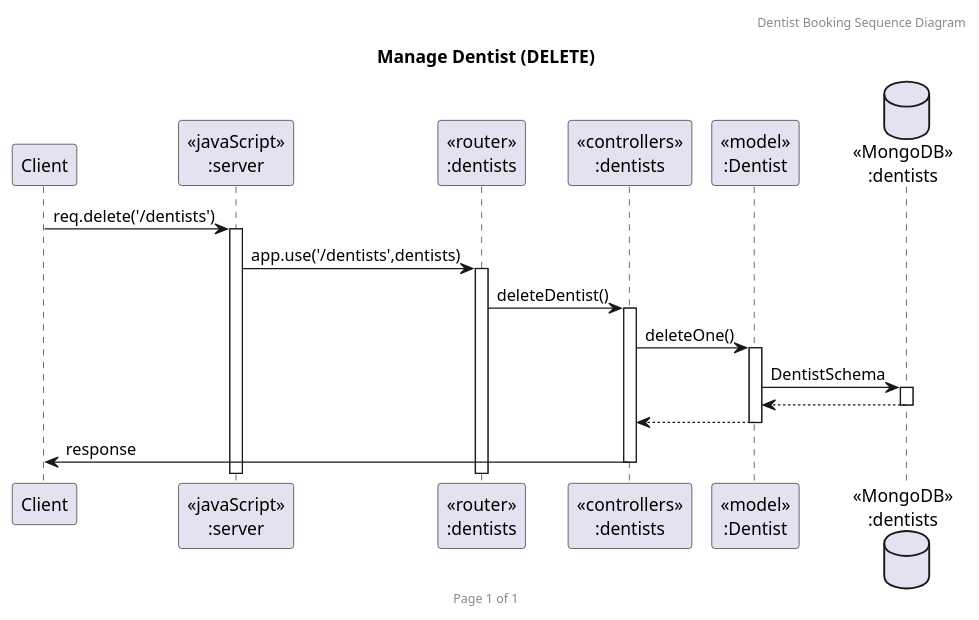
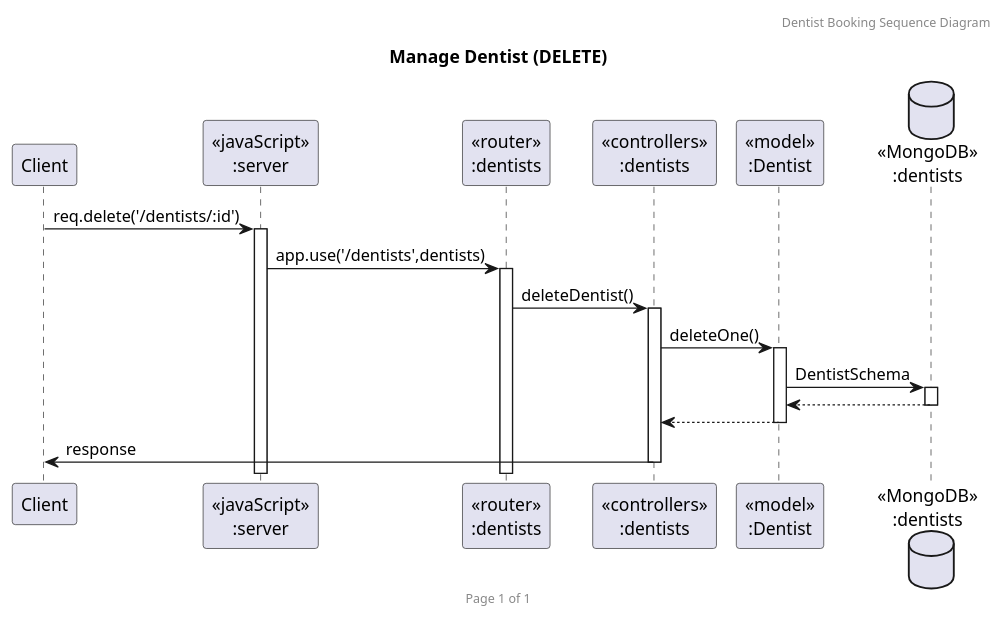
One commit to KoalaMuch/DentistBooking changed the diagram in doc/sequence_diagram/DeleteDentist.puml. Above: the diagram before and after it, drawn with PlantUML. The commit also changed 7 other files, not shown here.

Commit message:
add appointment seq diagram

```diff
--- a/doc/sequence_diagram/DeleteDentist.puml
+++ b/doc/sequence_diagram/DeleteDentist.puml
@@ -1,23 +1,23 @@
 @startuml Manage Dentist (DELETE)
 
 header Dentist Booking Sequence Diagram
 footer Page %page% of %lastpage%
 title "Manage Dentist (DELETE)"
 
 participant "Client" as client
 participant "<<javaScript>>\n:server" as server
 participant "<<router>>\n:dentists" as routerDentists
 participant "<<controllers>>\n:dentists" as controllersDentists
 participant "<<model>>\n:Dentist" as modelDentist
 database "<<MongoDB>>\n:dentists" as DentistsDatabase
 
-client->server ++:req.delete('/dentists')
+client->server ++:req.delete('/dentists/:id')
 server->routerDentists ++:app.use('/dentists',dentists)
 routerDentists -> controllersDentists ++:deleteDentist()
 controllersDentists->modelDentist ++:deleteOne()
 modelDentist ->DentistsDatabase ++: DentistSchema
 DentistsDatabase --> modelDentist --:
 controllersDentists <-- modelDentist --:
 controllersDentists->client --:response
 
 @enduml
```
